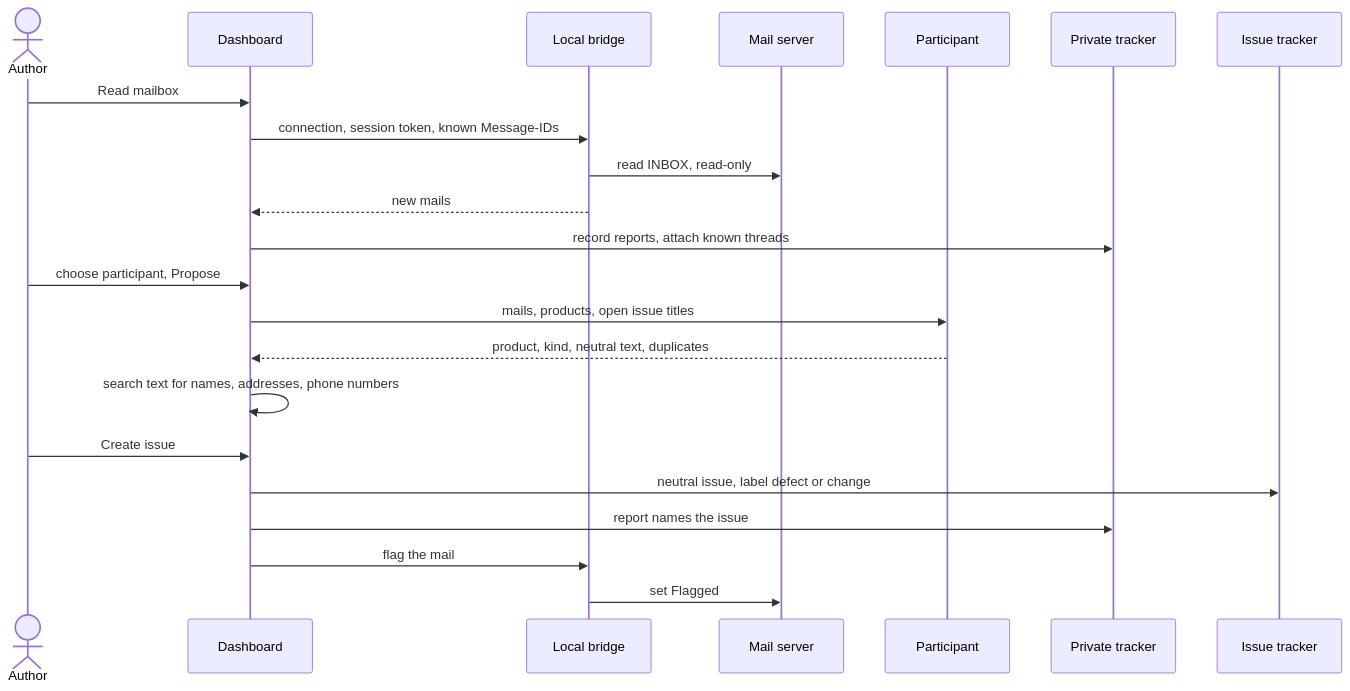
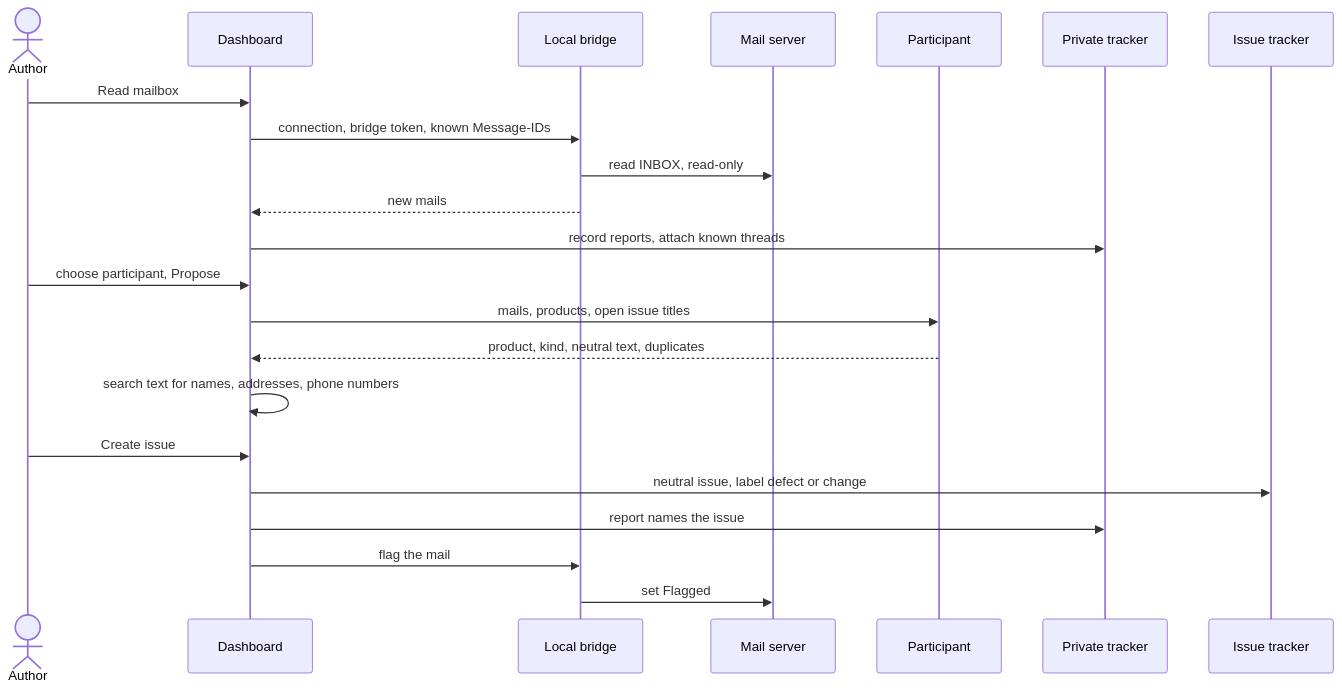
Before and after one commit to akmaier/agent-m: the diagram in docs/use-cases/UC-038-turn-mails-into-issues.md, drawn with Mermaid. The commit also changed other lines of this file and 29 other files, not shown here.

````diff
--- a/docs/use-cases/UC-038-turn-mails-into-issues.md
+++ b/docs/use-cases/UC-038-turn-mails-into-issues.md
@@ -112,24 +112,24 @@
 ```mermaid
 sequenceDiagram
     actor A as Author
     participant D as Dashboard
     participant B as Local bridge
     participant S as Mail server
     participant P as Participant
     participant T as Private tracker
     participant I as Issue tracker
     A->>D: Read mailbox
-    D->>B: connection, session token, known Message-IDs
+    D->>B: connection, bridge token, known Message-IDs
     B->>S: read INBOX, read-only
     B-->>D: new mails
     D->>T: record reports, attach known threads
     A->>D: choose participant, Propose
     D->>P: mails, products, open issue titles
     P-->>D: product, kind, neutral text, duplicates
     D->>D: search text for names, addresses, phone numbers
     A->>D: Create issue
     D->>I: neutral issue, label defect or change
     D->>T: report names the issue
     D->>B: flag the mail
     B->>S: set Flagged
 ```
````
